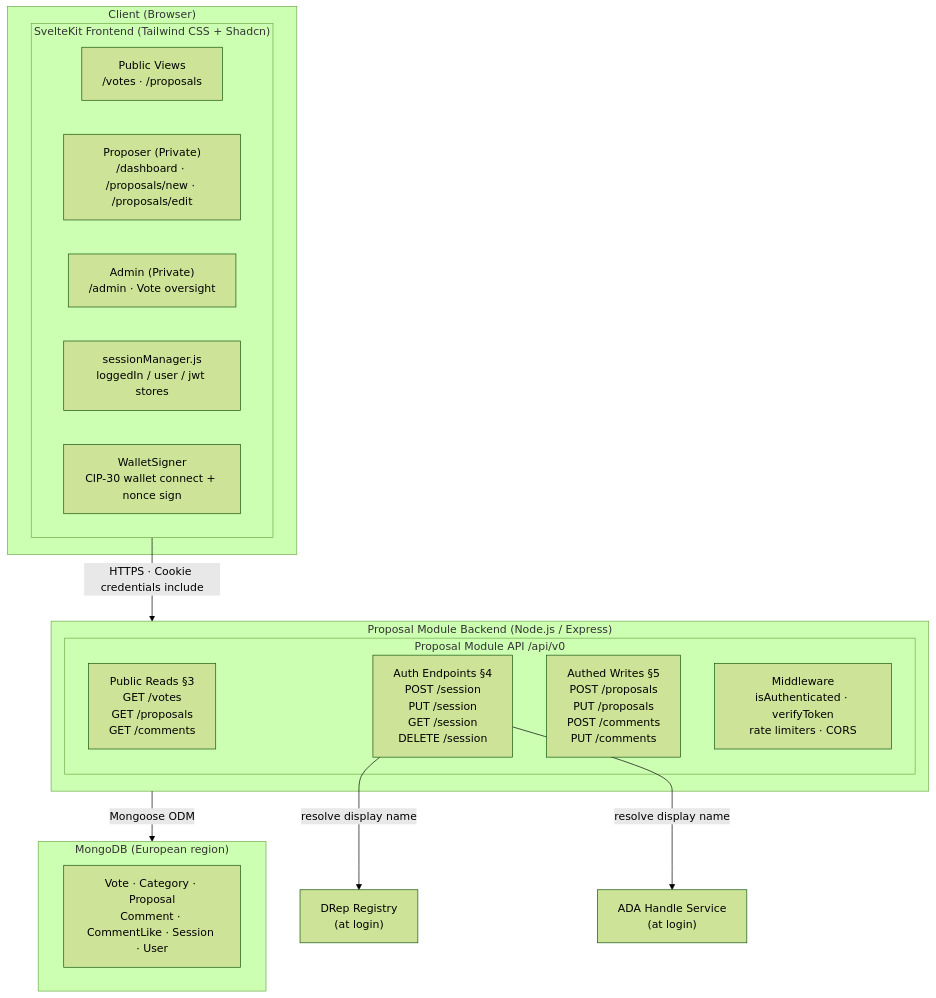
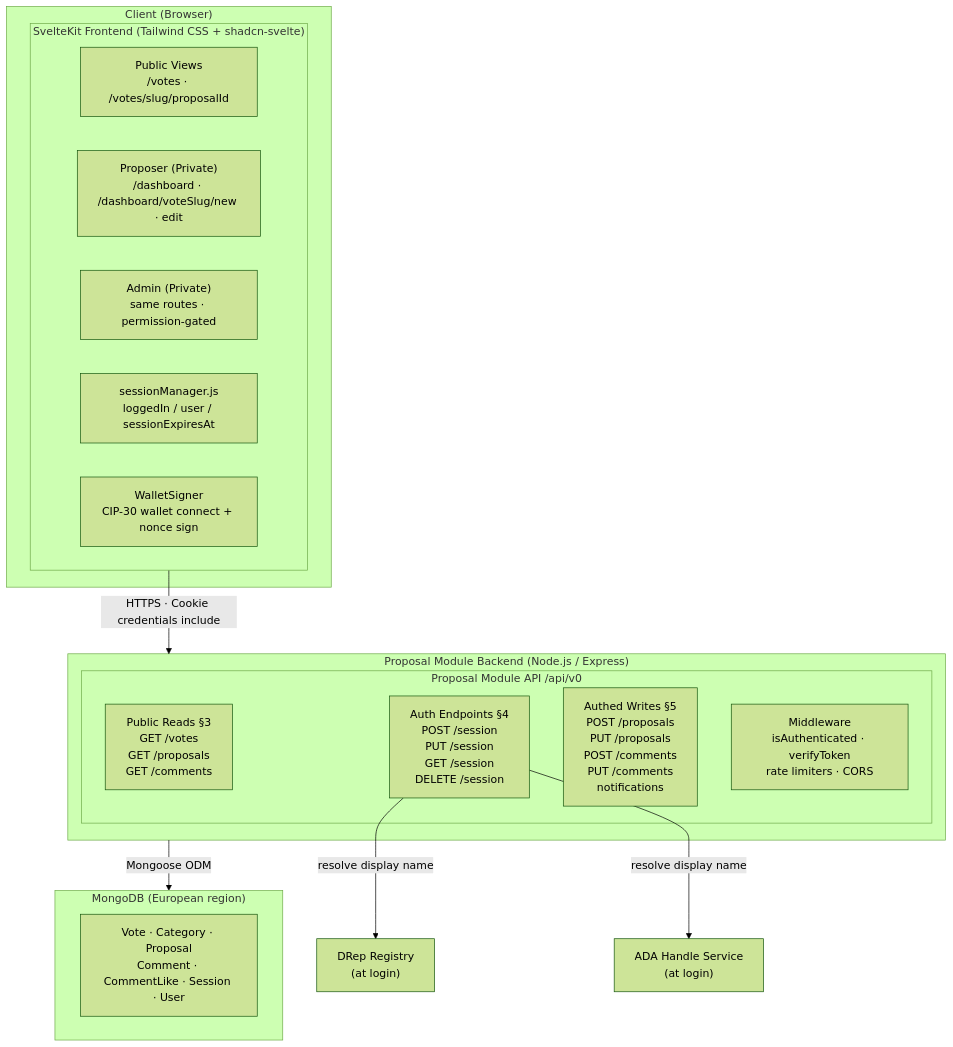
One commit to lerna-labs/ekklesia-proposal-module changed the first of 5 diagrams in docs/system-architecture.md. Above: the diagram before and after it, drawn with Mermaid (forest theme). The commit also changed other lines of this file and 28 other files, not shown here.

````diff
--- a/docs/system-architecture.md
+++ b/docs/system-architecture.md
@@ -298,33 +301,33 @@
 ```mermaid
 flowchart TD
     subgraph Browser["Client (Browser)"]
-        subgraph Frontend["SvelteKit Frontend (Tailwind CSS + Shadcn)"]
-            PV["Public Views<br />/votes · /proposals"]
-            PR["Proposer (Private)<br />/dashboard · /proposals/new · /proposals/edit"]
-            AD["Admin (Private)<br />/admin · Vote oversight"]
-            SM["sessionManager.js<br />loggedIn / user / jwt stores"]
+        subgraph Frontend["SvelteKit Frontend (Tailwind CSS + shadcn-svelte)"]
+            PV["Public Views<br />/votes · /votes/slug/proposalId"]
+            PR["Proposer (Private)<br />/dashboard · /dashboard/voteSlug/new · edit"]
+            AD["Admin (Private)<br />same routes · permission-gated"]
+            SM["sessionManager.js<br />loggedIn / user / sessionExpiresAt"]
             WS["WalletSigner<br />CIP-30 wallet connect + nonce sign"]
         end
     end
 
     subgraph Backend["Proposal Module Backend (Node.js / Express)"]
         subgraph API["Proposal Module API  /api/v0"]
             PUB["Public Reads §3<br />GET /votes<br />GET /proposals<br />GET /comments"]
             AUTH["Auth Endpoints §4<br />POST /session<br />PUT /session<br />GET /session<br />DELETE /session"]
-            WRITE["Authed Writes §5<br />POST /proposals<br />PUT /proposals<br />POST /comments<br />PUT /comments"]
+            WRITE["Authed Writes §5<br />POST /proposals<br />PUT /proposals<br />POST /comments<br />PUT /comments<br />notifications"]
             MW["Middleware<br />isAuthenticated · verifyToken<br />rate limiters · CORS"]
         end
     end
 
     subgraph DB["MongoDB (European region)"]
         COL["Vote · Category · Proposal<br />Comment · CommentLike · Session · User"]
     end
 
     DREP["DRep Registry<br />(at login)"]
     HANDLE["ADA Handle Service<br />(at login)"]
 
     Frontend -->|"HTTPS · Cookie credentials include"| Backend
     Backend -->|"Mongoose ODM"| DB
     AUTH -->|"resolve display name"| DREP
     AUTH -->|"resolve display name"| HANDLE
 ```
````
